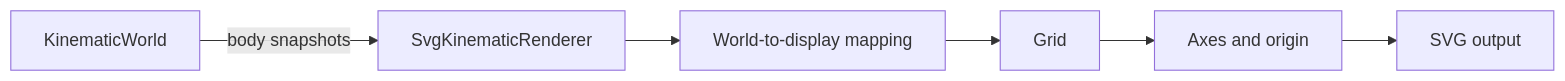
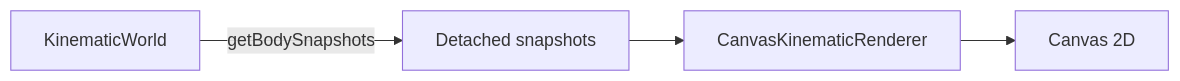
One commit to fa-ribeiro/vLab2D changed the first of 2 diagrams in src/visualization/README.md. Above: the diagram before and after it, drawn with Mermaid. The commit also changed other lines of this file and 9 other files, not shown here.

Commit message:
feat(visualization): add animated canvas renderer

````diff
--- a/src/visualization/README.md
+++ b/src/visualization/README.md
@@ -54,8 +72,11 @@
 ```mermaid
 flowchart LR
-    W[KinematicWorld] -->|body snapshots| R[SvgKinematicRenderer]
-    R --> T[World-to-display mapping]
-    T --> G[Grid]
-    G --> A[Axes and origin]
-    A --> SVG[SVG output]
+    W[KinematicWorld]
+    S[Detached snapshots]
+    R[CanvasKinematicRenderer]
+    C[Canvas 2D]
+
+    W -->|getBodySnapshots| S
+    S --> R
+    R --> C
 ```
````
